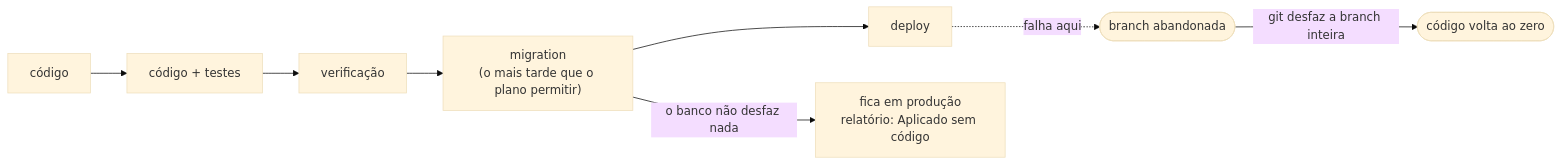
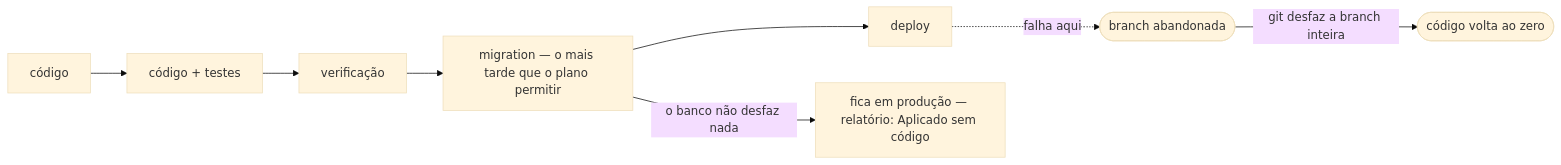
Before and after one commit to will-pagane/claude-setup: the seventh of 9 diagrams in docs/cadeia-session.md, drawn with Mermaid (base theme). The commit also changed other lines of this file, not shown here.

First line of the commit message:
fix(docs): drop <br/> from mermaid labels, GitHub strips it

````diff
--- a/docs/cadeia-session.md
+++ b/docs/cadeia-session.md
@@ -192,8 +192,8 @@
 ```mermaid
 flowchart LR
-    t1[código] --> t2[código + testes] --> t3[verificação] --> mig["migration<br/>(o mais tarde que o plano permitir)"] --> dep[deploy]
+    t1[código] --> t2[código + testes] --> t3[verificação] --> mig["migration — o mais tarde que o plano permitir"] --> dep[deploy]
 
     dep -. "falha aqui" .-> ab([branch abandonada])
     ab -- "git desfaz a branch inteira" --> zero([código volta ao zero])
-    mig -- "o banco não desfaz nada" --> fica["fica em produção<br/>relatório: Aplicado sem código"]
+    mig -- "o banco não desfaz nada" --> fica["fica em produção — relatório: Aplicado sem código"]
 ```
````
